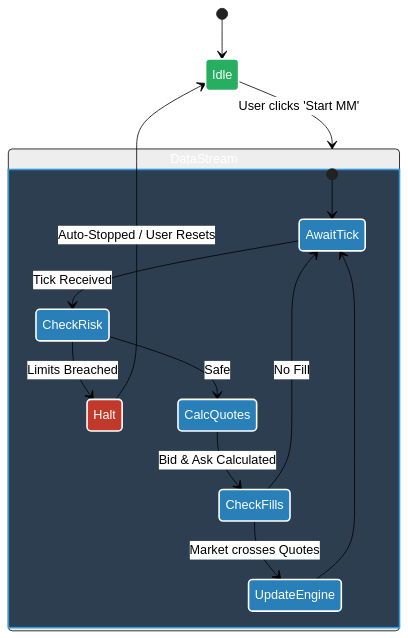
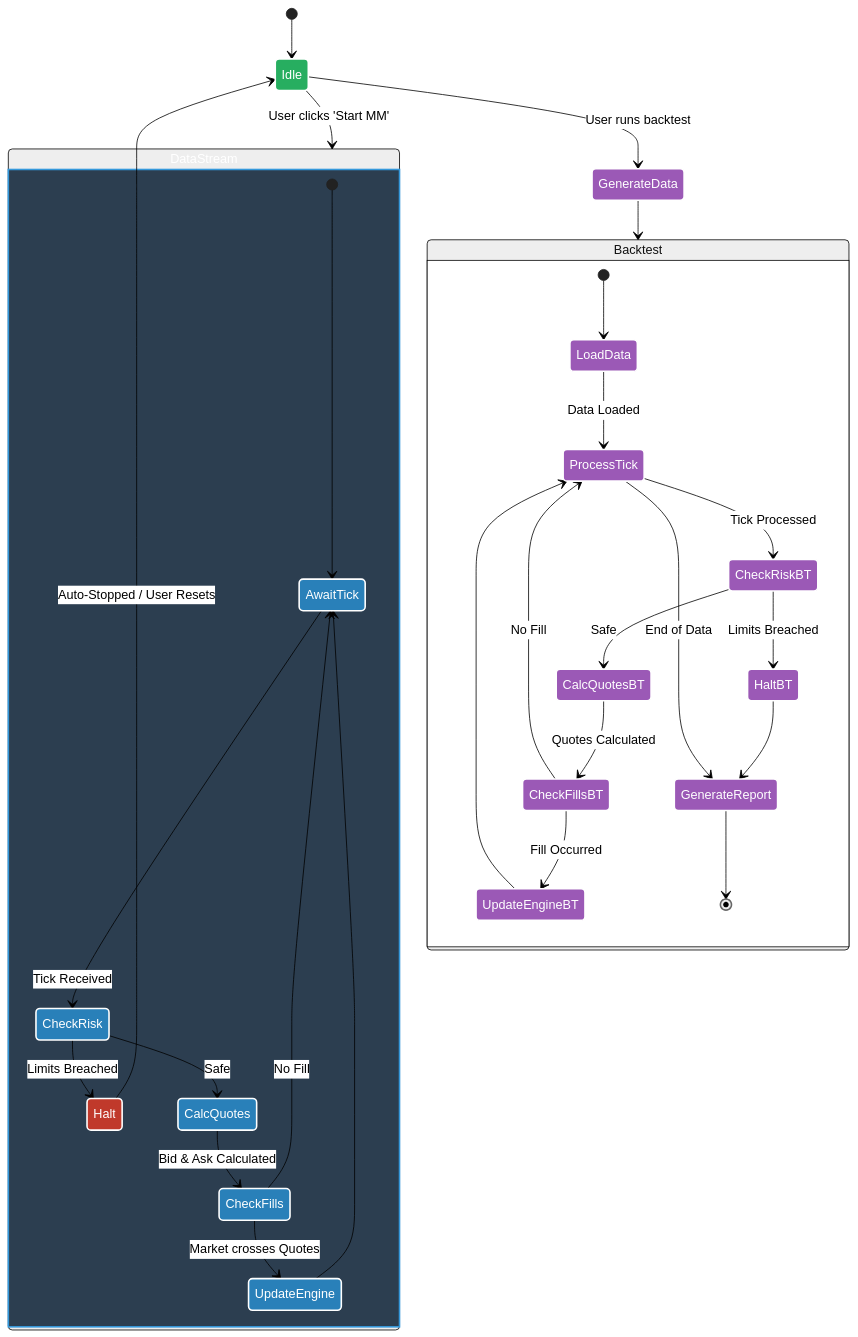
Before and after one commit to Youngmaster0304/trading-bot-project: the third of 3 diagrams in README.md, drawn with Mermaid (neutral theme). The commit also changed other lines of this file, not shown here.

First line of the commit message:
Enhance README with backtesting and data generation details

````diff
--- a/README.md
+++ b/README.md
@@ -123,35 +145,65 @@
 ```mermaid
 stateDiagram-v2
     %% Styling
     classDef idleState fill:#27ae60,color:#fff,stroke:#fff,stroke-width:2px
     classDef actionState fill:#2980b9,color:#fff,stroke:#fff,stroke-width:2px
     classDef dangerState fill:#c0392b,color:#fff,stroke:#fff,stroke-width:2px
     classDef streamState fill:#2c3e50,color:#fff,stroke:#3498db,stroke-width:2px
+    classDef backtestState fill:#9b59b6,color:#fff,stroke:#fff,stroke-width:2px
     
     [*] --> Idle
     Idle --> DataStream : User clicks 'Start MM'
+    Idle --> GenerateData : User runs backtest
     
     state DataStream {
         [*] --> AwaitTick
         AwaitTick --> CheckRisk : Tick Received
         
         CheckRisk --> Halt : Limits Breached
         CheckRisk --> CalcQuotes : Safe
         
         CalcQuotes --> CheckFills : Bid & Ask Calculated
         CheckFills --> UpdateEngine : Market crosses Quotes
         CheckFills --> AwaitTick : No Fill
         UpdateEngine --> AwaitTick
     }
     
+    state Backtest {
+        [*] --> LoadData
+        LoadData --> ProcessTick : Data Loaded
+        
+        ProcessTick --> CheckRiskBT : Tick Processed
+        CheckRiskBT --> HaltBT : Limits Breached
+        CheckRiskBT --> CalcQuotesBT : Safe
+        
+        CalcQuotesBT --> CheckFillsBT : Quotes Calculated
+        CheckFillsBT --> UpdateEngineBT : Fill Occurred
+        CheckFillsBT --> ProcessTick : No Fill
+        UpdateEngineBT --> ProcessTick
+        
+        HaltBT --> GenerateReport
+        ProcessTick --> GenerateReport : End of Data
+        GenerateReport --> [*]
+    }
+    
+    GenerateData --> Backtest
     Halt --> Idle : Auto-Stopped / User Resets
 
     class Idle idleState
     class AwaitTick actionState
     class CheckRisk actionState
     class CalcQuotes actionState
     class CheckFills actionState
     class UpdateEngine actionState
     class Halt dangerState
     class DataStream streamState
+    class GenerateData backtestState
+    class LoadData backtestState
+    class ProcessTick backtestState
+    class CheckRiskBT backtestState
+    class CalcQuotesBT backtestState
+    class CheckFillsBT backtestState
+    class UpdateEngineBT backtestState
+    class HaltBT backtestState
+    class GenerateReport backtestState
 ```
````
